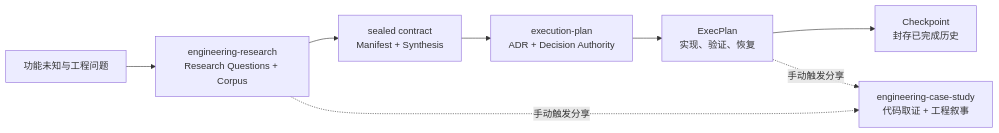
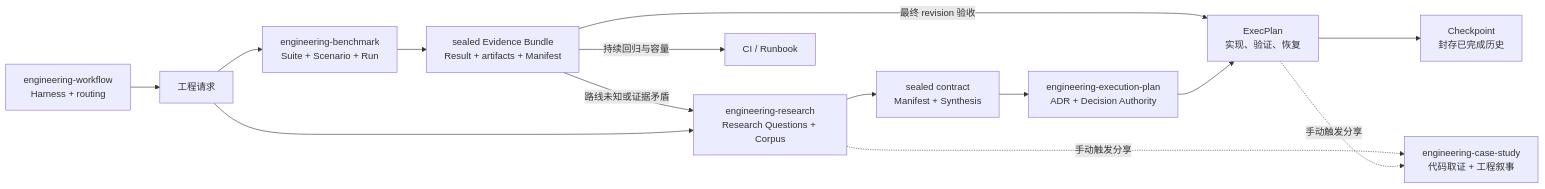
Before and after one commit to XiaoWeiKIN/RepoFoundryAI: the first of 5 diagrams in README.md, drawn with Mermaid. The commit also changed other lines of this file and 71 other files, not shown here.

First line of the commit message:
feat: add engineering benchmark and workflow skills (#6)

````diff
--- a/README.md
+++ b/README.md
@@ -14,10 +19,16 @@
 ```mermaid
 flowchart LR
-    U["功能未知与工程问题"] --> R["engineering-research<br/>Research Questions + Corpus"]
+    W["engineering-workflow<br/>Harness + routing"] --> U["工程请求"]
+    U --> B["engineering-benchmark<br/>Suite + Scenario + Run"]
+    B --> M0["sealed Evidence Bundle<br/>Result + artifacts + Manifest"]
+    M0 -->|"路线未知或证据矛盾"| R["engineering-research<br/>Research Questions + Corpus"]
+    M0 -->|"最终 revision 验收"| E
+    M0 -->|"持续回归与容量"| O["CI / Runbook"]
+    U --> R
     R --> M["sealed contract<br/>Manifest + Synthesis"]
-    M --> A["execution-plan<br/>ADR + Decision Authority"]
+    M --> A["engineering-execution-plan<br/>ADR + Decision Authority"]
     A --> E["ExecPlan<br/>实现、验证、恢复"]
     E --> C["Checkpoint<br/>封存已完成历史"]
     R -. "手动触发分享" .-> S["engineering-case-study<br/>代码取证 + 工程叙事"]
     E -. "手动触发分享" .-> S
 ```
````
